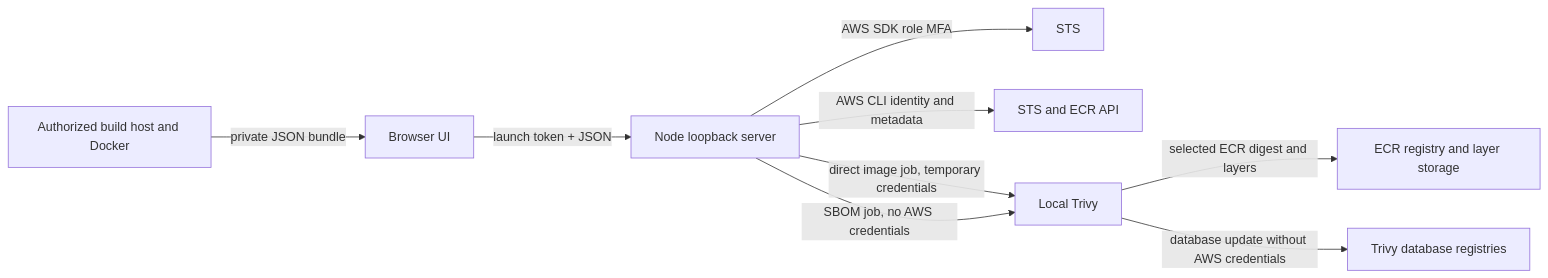
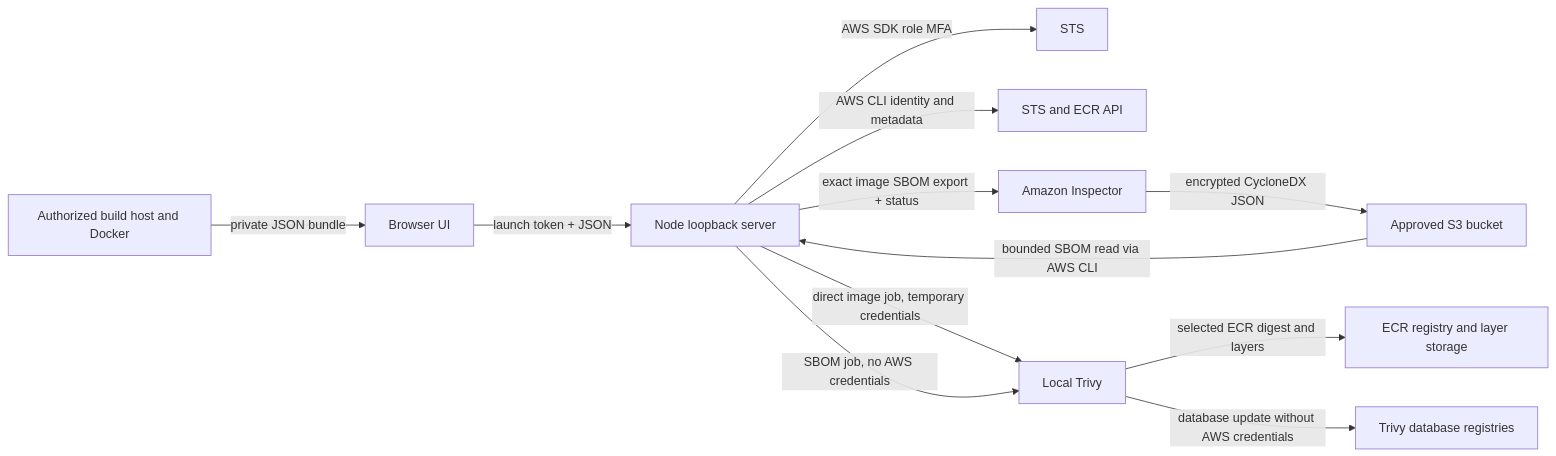
One commit to jaysonguglietta/ECRSentinel changed the diagram in docs/ARCHITECTURE.md. Above: the diagram before and after it, drawn with Mermaid. The commit also changed other lines of this file and 15 other files, not shown here.

Commit message:
Add Inspector SBOM export and local Trivy CVE workflow

````diff
--- a/docs/ARCHITECTURE.md
+++ b/docs/ARCHITECTURE.md
@@ -7,11 +7,14 @@
 ```mermaid
 flowchart LR
   B[Browser UI] -->|launch token + JSON| N[Node loopback server]
   N -->|AWS SDK role MFA| S[STS]
   N -->|AWS CLI identity and metadata| A[STS and ECR API]
+  N -->|exact image SBOM export + status| I[Amazon Inspector]
+  I -->|encrypted CycloneDX JSON| S3[Approved S3 bucket]
+  S3 -->|bounded SBOM read via AWS CLI| N
   N -->|direct image job, temporary credentials| T[Local Trivy]
   T -->|selected ECR digest and layers| E[ECR registry and layer storage]
   T -->|database update without AWS credentials| D[Trivy database registries]
   H[Authorized build host and Docker] -->|private JSON bundle| B
   N -->|SBOM job, no AWS credentials| T
 ```
````
